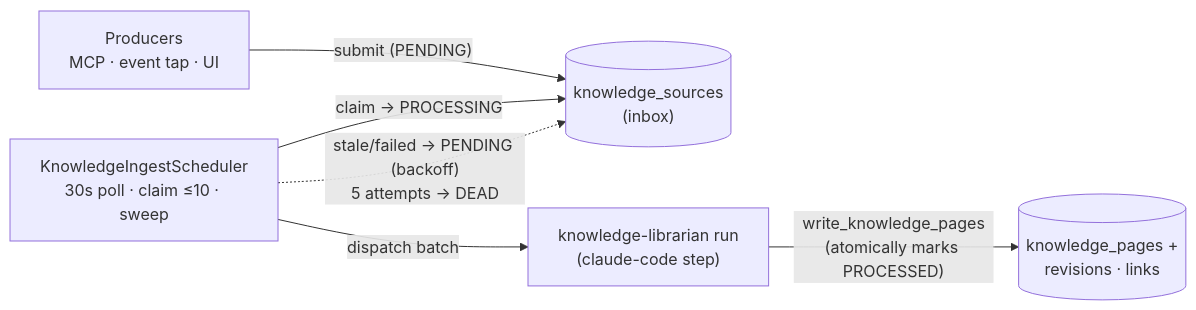
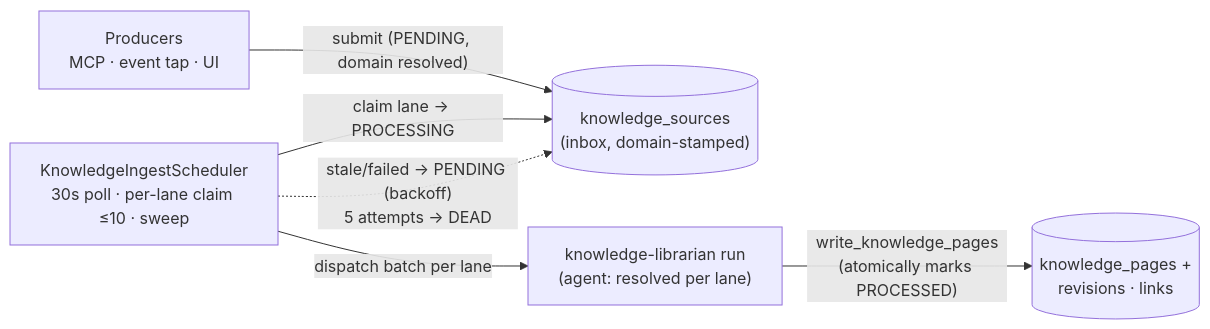
The diagram in docs/knowledge.md (cliangdev/conductor), drawn with Mermaid before and after one commit. The commit also changed other lines of this file and 54 other files, not shown here.

First line of the commit message:
Domain-aware Knowledge Center: registry, per-lane routing, on-demand specialists (#288)

````diff
--- a/docs/knowledge.md
+++ b/docs/knowledge.md
@@ -84,14 +86,14 @@
 ```mermaid
 flowchart LR
     Producers["Producers<br/>MCP · event tap · UI"]
-    Inbox[("knowledge_sources<br/>(inbox)")]
-    Sched["KnowledgeIngestScheduler<br/>30s poll · claim ≤10 · sweep"]
-    Librarian["knowledge-librarian run<br/>(claude-code step)"]
+    Inbox[("knowledge_sources<br/>(inbox, domain-stamped)")]
+    Sched["KnowledgeIngestScheduler<br/>30s poll · per-lane claim ≤10 · sweep"]
+    Librarian["knowledge-librarian run<br/>(agent: resolved per lane)"]
     Pages[("knowledge_pages +<br/>revisions · links")]
 
-    Producers -- "submit (PENDING)" --> Inbox
-    Sched -- "claim → PROCESSING" --> Inbox
-    Sched -- "dispatch batch" --> Librarian
+    Producers -- "submit (PENDING, domain resolved)" --> Inbox
+    Sched -- "claim lane → PROCESSING" --> Inbox
+    Sched -- "dispatch batch per lane" --> Librarian
     Librarian -- "write_knowledge_pages<br/>(atomically marks PROCESSED)" --> Pages
     Sched -. "stale/failed → PENDING (backoff)<br/>5 attempts → DEAD" .-> Inbox
 ```
````
